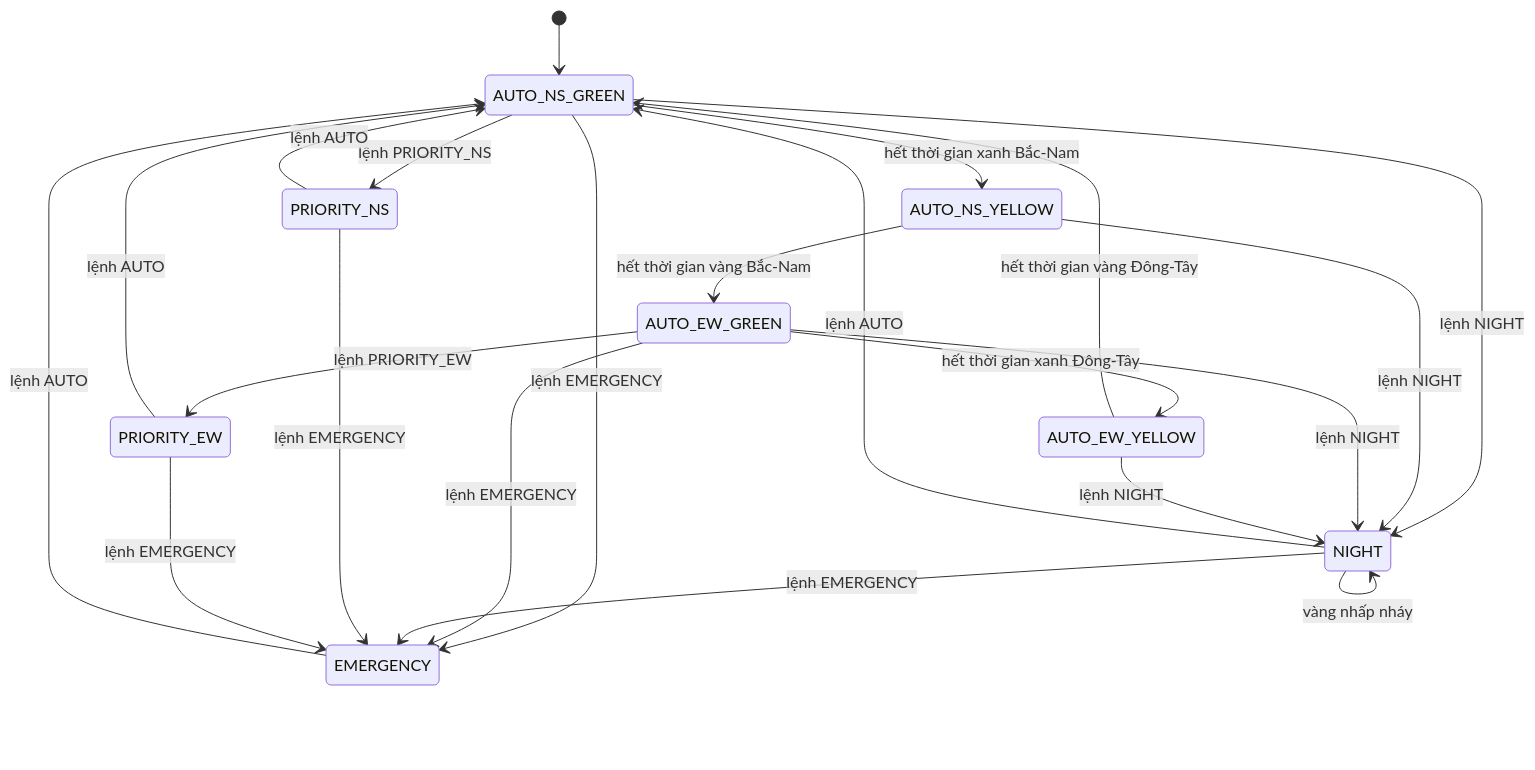
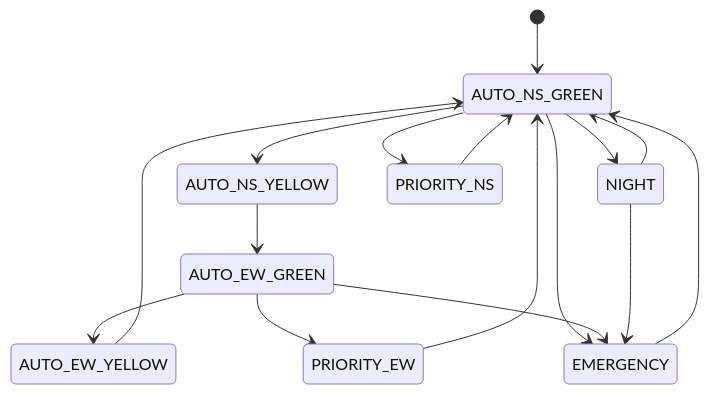
The diagram in assets/diagrams/state_machine.mmd (xuanhai0913/iot-traffic-light-wokwi), drawn with Mermaid before and after one commit. The commit also changed 3 other files, not shown here.

```diff
--- a/assets/diagrams/state_machine.mmd
+++ b/assets/diagrams/state_machine.mmd
@@ -1,27 +1,37 @@
 stateDiagram-v2
-    [*] --> AUTO_NS_GREEN
 
-    AUTO_NS_GREEN --> AUTO_NS_YELLOW: hết thời gian xanh Bắc-Nam
-    AUTO_NS_YELLOW --> AUTO_EW_GREEN: hết thời gian vàng Bắc-Nam
-    AUTO_EW_GREEN --> AUTO_EW_YELLOW: hết thời gian xanh Đông-Tây
-    AUTO_EW_YELLOW --> AUTO_NS_GREEN: hết thời gian vàng Đông-Tây
+[*] --> AUTO_NS_GREEN
 
-    AUTO_NS_GREEN --> NIGHT: lệnh NIGHT
-    AUTO_NS_YELLOW --> NIGHT: lệnh NIGHT
-    AUTO_EW_GREEN --> NIGHT: lệnh NIGHT
-    AUTO_EW_YELLOW --> NIGHT: lệnh NIGHT
 
-    NIGHT --> AUTO_NS_GREEN: lệnh AUTO
-    NIGHT --> NIGHT: vàng nhấp nháy
+AUTO_NS_GREEN --> AUTO_NS_YELLOW
 
-    AUTO_NS_GREEN --> PRIORITY_NS: lệnh PRIORITY_NS
-    AUTO_EW_GREEN --> PRIORITY_EW: lệnh PRIORITY_EW
-    PRIORITY_NS --> AUTO_NS_GREEN: lệnh AUTO
-    PRIORITY_EW --> AUTO_NS_GREEN: lệnh AUTO
+AUTO_NS_YELLOW --> AUTO_EW_GREEN
 
-    AUTO_NS_GREEN --> EMERGENCY: lệnh EMERGENCY
-    AUTO_EW_GREEN --> EMERGENCY: lệnh EMERGENCY
-    NIGHT --> EMERGENCY: lệnh EMERGENCY
-    PRIORITY_NS --> EMERGENCY: lệnh EMERGENCY
-    PRIORITY_EW --> EMERGENCY: lệnh EMERGENCY
-    EMERGENCY --> AUTO_NS_GREEN: lệnh AUTO
+AUTO_EW_GREEN --> AUTO_EW_YELLOW
+
+AUTO_EW_YELLOW --> AUTO_NS_GREEN
+
+
+AUTO_NS_GREEN --> NIGHT
+
+NIGHT --> AUTO_NS_GREEN
+
+
+AUTO_NS_GREEN --> PRIORITY_NS
+
+PRIORITY_NS --> AUTO_NS_GREEN
+
+
+AUTO_EW_GREEN --> PRIORITY_EW
+
+PRIORITY_EW --> AUTO_NS_GREEN
+
+
+AUTO_NS_GREEN --> EMERGENCY
+
+AUTO_EW_GREEN --> EMERGENCY
+
+NIGHT --> EMERGENCY
+
+
+EMERGENCY --> AUTO_NS_GREEN
```
